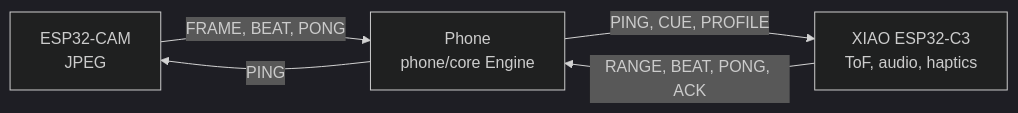
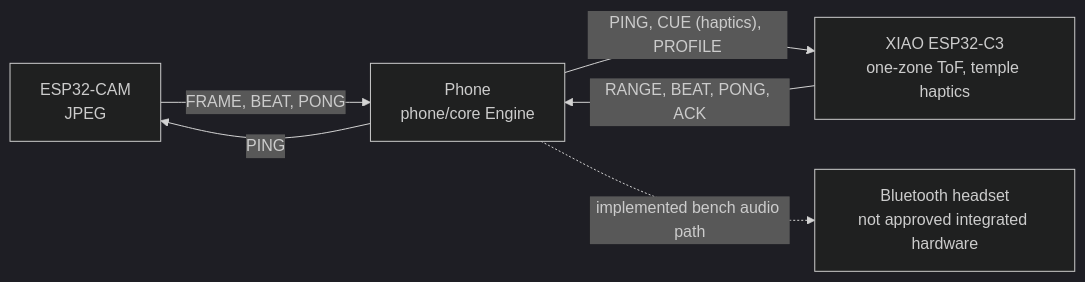
Before and after one commit to nunera/Determine: the diagram in README.md, drawn with Mermaid (dark theme). The commit also changed other lines of this file and 159 other files, not shown here.

````diff
--- a/README.md
+++ b/README.md
@@ -53,7 +89,8 @@
 ```mermaid
 flowchart LR
   CAM["ESP32-CAM<br/>JPEG"] -- "FRAME, BEAT, PONG" --> PHONE
-  CUE["XIAO ESP32-C3<br/>ToF, audio, haptics"] -- "RANGE, BEAT, PONG, ACK" --> PHONE
+  CUE["XIAO ESP32-C3<br/>one-zone ToF, temple haptics"] -- "RANGE, BEAT, PONG, ACK" --> PHONE
   PHONE["Phone<br/>phone/core Engine"] -- "PING" --> CAM
-  PHONE -- "PING, CUE, PROFILE" --> CUE
+  PHONE -- "PING, CUE (haptics), PROFILE" --> CUE
+  PHONE -. "implemented bench audio path" .-> HEAD["Bluetooth headset<br/>not approved integrated hardware"]
 ```
````
